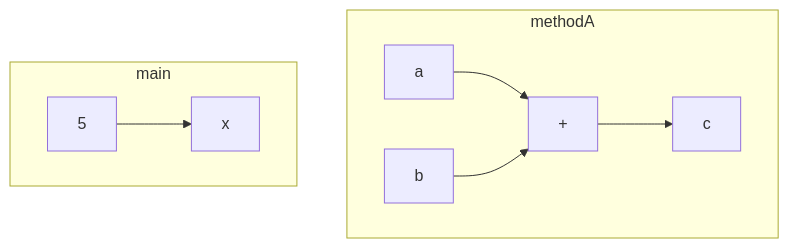
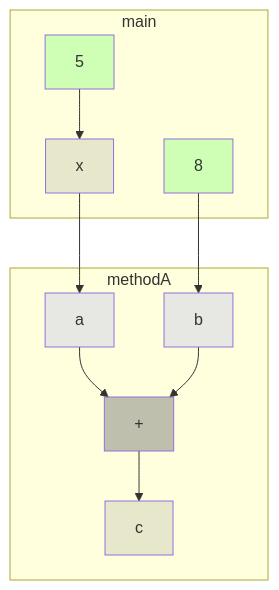
One commit to gstiebler/codeflow changed the diagram in app/src/test/resources/funcCall/truth.md. Above: the diagram before and after it, drawn with Mermaid. The commit also changed 6 other files, not shown here.

````diff
--- a/app/src/test/resources/funcCall/truth.md
+++ b/app/src/test/resources/funcCall/truth.md
@@ -1,11 +1,18 @@
 ```mermaid
 flowchart TD
   subgraph methodA
-    13[a] --> 16[+]
-    14[b] --> 16[+]
-    16[+] --> 15[c]
+    13[a]:::FUNC_PARAM --> 16[+]:::BIN_OP
+    14[b]:::FUNC_PARAM --> 16[+]:::BIN_OP
+    16[+]:::BIN_OP --> 15[c]:::VARIABLE
   end
   subgraph main
-    10[5] --> 9[x]
+    9[x]:::VARIABLE --> 13[a]:::FUNC_PARAM
+    10[5]:::LITERAL --> 9[x]:::VARIABLE
+    12[8]:::LITERAL --> 14[b]:::FUNC_PARAM
   end
+  classDef LITERAL fill:#00FF0030
+  classDef VARIABLE fill:#80808030
+  classDef BIN_OP fill:#80808080
+  classDef FUNC_PARAM fill:#8080FF30
+  classDef RETURN fill:#FF808080
 ```
````
